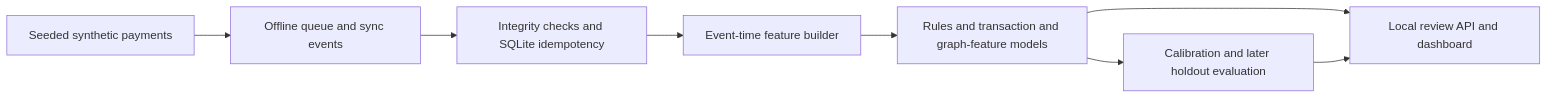
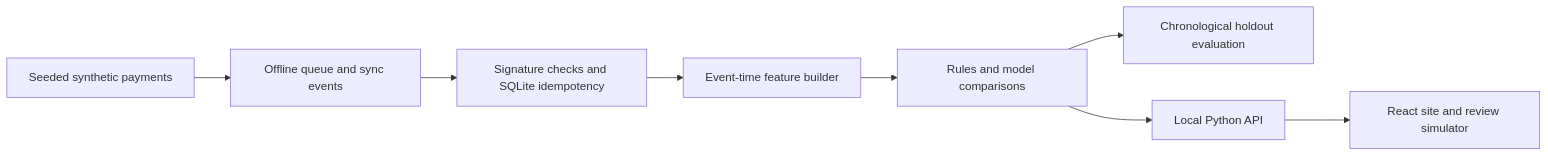
One commit to nihalmachhi/MeshShield changed the diagram in README.md. Above: the diagram before and after it, drawn with Mermaid. The commit also changed other lines of this file and 23 other files, not shown here.

Commit message:
refactor(api): serve React site and remove legacy folders

````diff
--- a/README.md
+++ b/README.md
@@ -47,10 +36,10 @@
 ```mermaid
 flowchart LR
   A[Seeded synthetic payments] --> B[Offline queue and sync events]
-  B --> C[Integrity checks and SQLite idempotency]
+  B --> C[Signature checks and SQLite idempotency]
   C --> D[Event-time feature builder]
-  D --> E[Rules and transaction and graph-feature models]
-  E --> F[Calibration and later holdout evaluation]
-  E --> G[Local review API and dashboard]
-  F --> G
+  D --> E[Rules and model comparisons]
+  E --> F[Chronological holdout evaluation]
+  E --> G[Local Python API]
+  G --> H[React site and review simulator]
 ```
````
